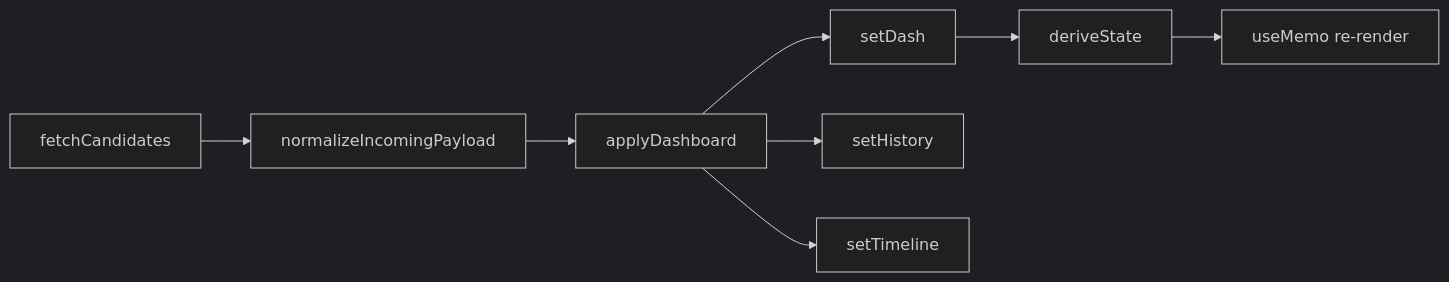
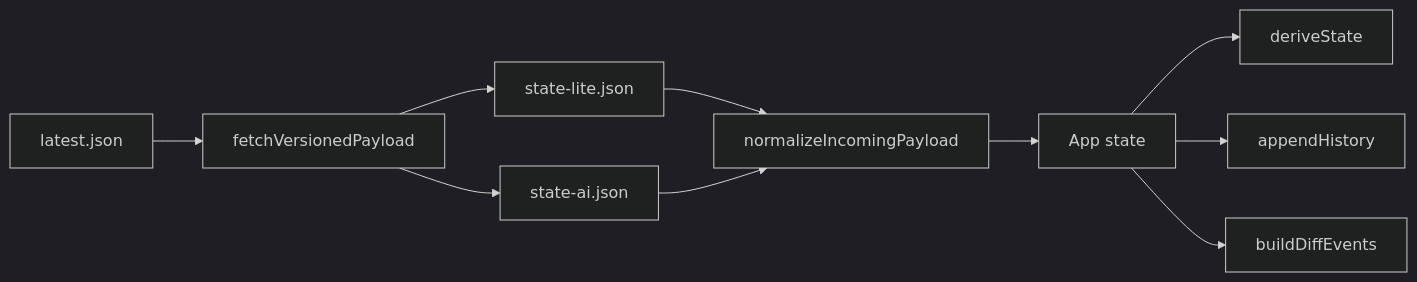
The second of 2 diagrams in docs/components.md (macho715/escapeplan), drawn with Mermaid (dark theme) before and after one commit. The commit also changed other lines of this file and 18 other files, not shown here.

````diff
--- a/docs/components.md
+++ b/docs/components.md
@@ -100,10 +64,12 @@
 ```mermaid
 flowchart LR
-  fetchCandidates[fetchCandidates] --> normalizeIncomingPayload[normalizeIncomingPayload]
-  normalizeIncomingPayload --> applyDashboard[applyDashboard]
-  applyDashboard --> setDash[setDash]
-  applyDashboard --> setHistory[setHistory]
-  applyDashboard --> setTimeline[setTimeline]
-  setDash --> derived[deriveState]
-  derived --> useMemo[useMemo re-render]
+  Latest[latest.json] --> AppFetch[fetchVersionedPayload]
+  AppFetch --> Lite[state-lite.json]
+  AppFetch --> AIPatch[state-ai.json]
+  Lite --> Normalize[normalizeIncomingPayload]
+  AIPatch --> Normalize
+  Normalize --> AppState[App state]
+  AppState --> Derived[deriveState]
+  AppState --> History[appendHistory]
+  AppState --> Timeline[buildDiffEvents]
 ```
````
